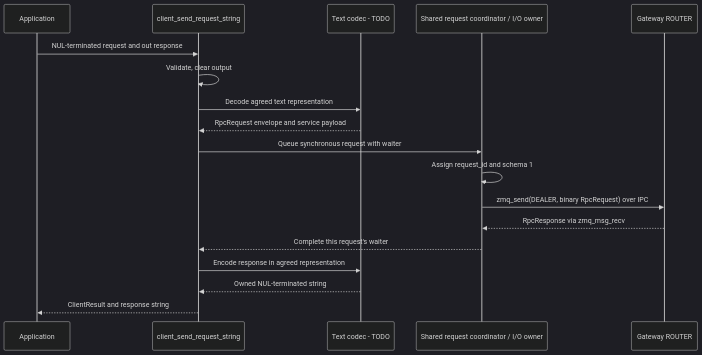
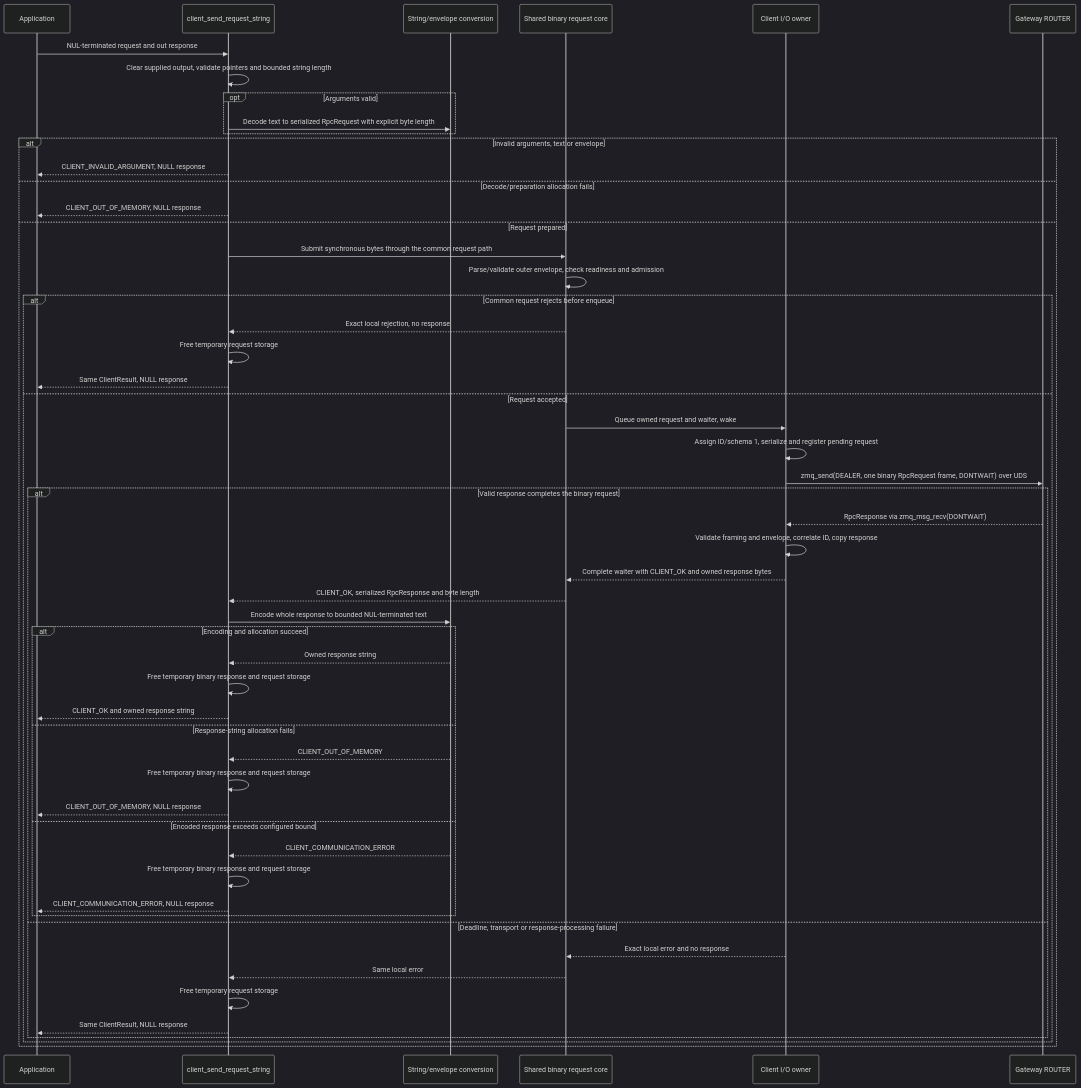
The ninth of 29 diagrams in doc/EyilSecureGateway.md (rdkcentral/eyil-secure-gateway), drawn with Mermaid (dark theme) before and after one commit. The commit also changed other lines of this file, not shown here.

````diff
--- a/doc/EyilSecureGateway.md
+++ b/doc/EyilSecureGateway.md
@@ -657,20 +1366,56 @@
 ```mermaid
 sequenceDiagram
     participant A as Application
     participant API as client_send_request_string
-    participant CODEC as Text codec - TODO
-    participant IO as Shared request coordinator / I/O owner
+    participant CODEC as String/envelope conversion
+    participant B as Shared binary request core
+    participant IO as Client I/O owner
     participant G as Gateway ROUTER
     A->>API: NUL-terminated request and out response
-    API->>API: Validate, clear output
-    API->>CODEC: Decode agreed text representation
-    CODEC-->>API: RpcRequest envelope and service payload
-    API->>IO: Queue synchronous request with waiter
-    IO->>IO: Assign request_id and schema 1
-    IO->>G: zmq_send(DEALER, binary RpcRequest) over IPC
-    G-->>IO: RpcResponse via zmq_msg_recv
-    IO-->>API: Complete this request's waiter
-    API->>CODEC: Encode response in agreed representation
-    CODEC-->>API: Owned NUL-terminated string
-    API-->>A: ClientResult and response string
+    API->>API: Clear supplied output, validate pointers and bounded string length
+    opt Arguments valid
+        API->>CODEC: Decode text to serialized RpcRequest with explicit byte length
+    end
+    alt Invalid arguments, text or envelope
+        API-->>A: CLIENT_INVALID_ARGUMENT, NULL response
+    else Decode/preparation allocation fails
+        API-->>A: CLIENT_OUT_OF_MEMORY, NULL response
+    else Request prepared
+        API->>B: Submit synchronous bytes through the common request path
+        B->>B: Parse/validate outer envelope, check readiness and admission
+        alt Common request rejects before enqueue
+            B-->>API: Exact local rejection, no response
+            API->>API: Free temporary request storage
+            API-->>A: Same ClientResult, NULL response
+        else Request accepted
+            B->>IO: Queue owned request and waiter, wake
+            IO->>IO: Assign ID/schema 1, serialize and register pending request
+            IO->>G: zmq_send(DEALER, one binary RpcRequest frame, DONTWAIT) over UDS
+            alt Valid response completes the binary request
+                G-->>IO: RpcResponse via zmq_msg_recv(DONTWAIT)
+                IO->>IO: Validate framing and envelope, correlate ID, copy response
+                IO-->>B: Complete waiter with CLIENT_OK and owned response bytes
+                B-->>API: CLIENT_OK, serialized RpcResponse and byte length
+                API->>CODEC: Encode whole response to bounded NUL-terminated text
+                alt Encoding and allocation succeed
+                    CODEC-->>API: Owned response string
+                    API->>API: Free temporary binary response and request storage
+                    API-->>A: CLIENT_OK and owned response string
+                else Response-string allocation fails
+                    CODEC-->>API: CLIENT_OUT_OF_MEMORY
+                    API->>API: Free temporary binary response and request storage
+                    API-->>A: CLIENT_OUT_OF_MEMORY, NULL response
+                else Encoded response exceeds configured bound
+                    CODEC-->>API: CLIENT_COMMUNICATION_ERROR
+                    API->>API: Free temporary binary response and request storage
+                    API-->>A: CLIENT_COMMUNICATION_ERROR, NULL response
+                end
+            else Deadline, transport or response-processing failure
+                IO-->>B: Exact local error and no response
+                B-->>API: Same local error
+                API->>API: Free temporary request storage
+                API-->>A: Same ClientResult, NULL response
+            end
+        end
+    end
 ```
````
